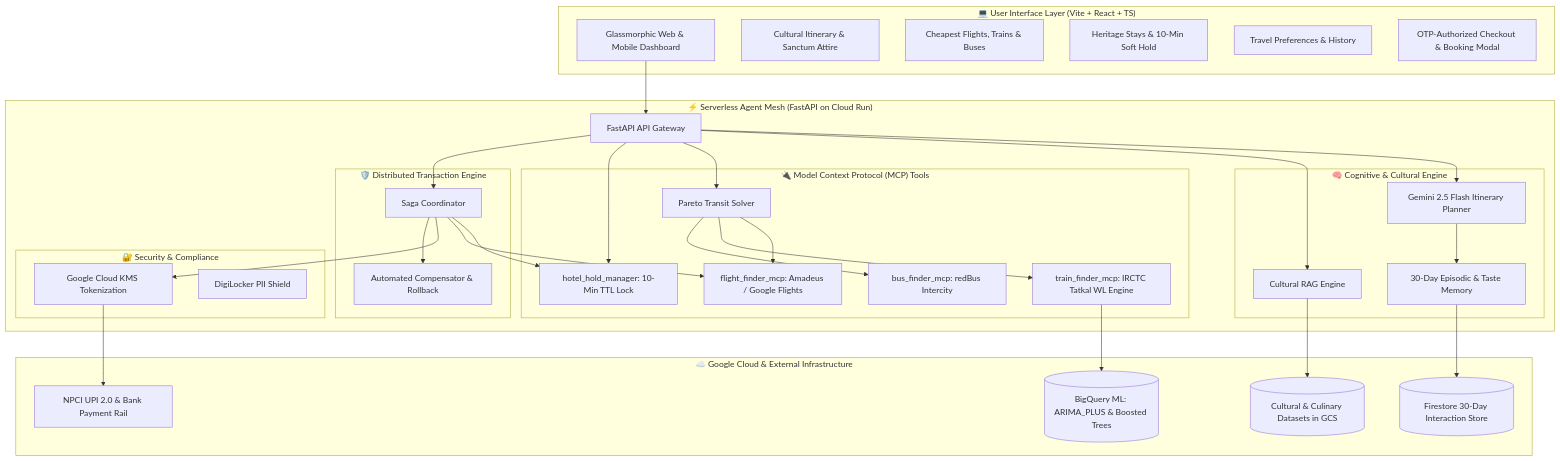
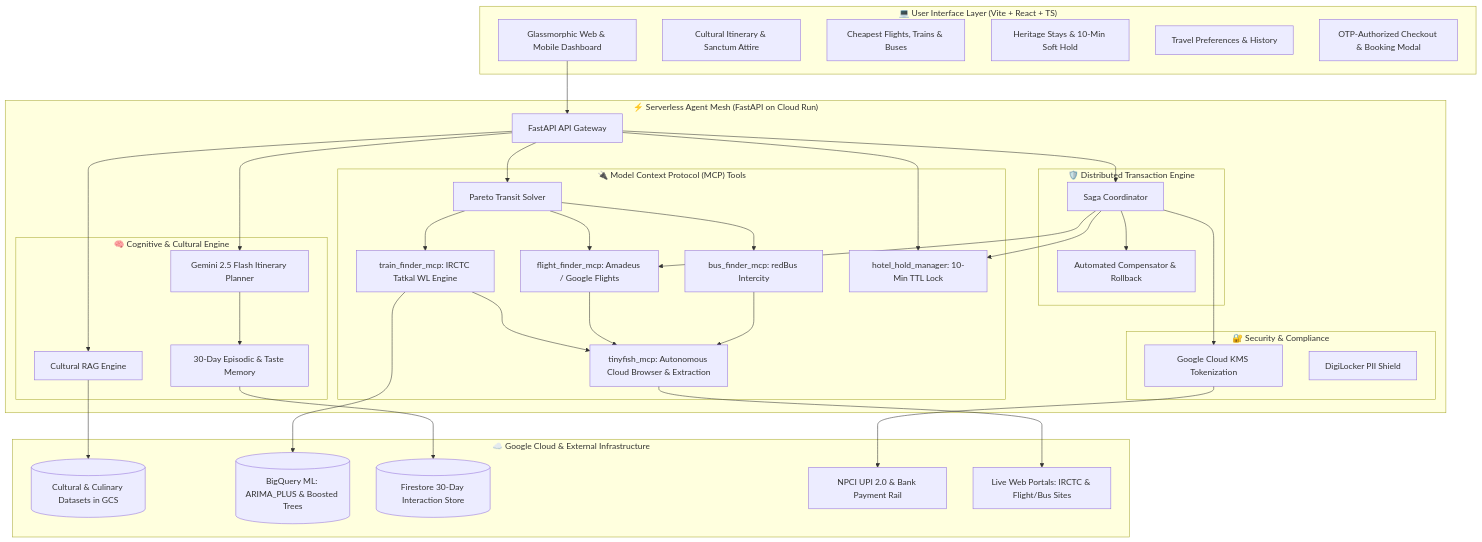
The first of 3 diagrams in README.md (Jivikadixit/YatraAgent), drawn with Mermaid before and after one commit. The commit also changed other lines of this file, not shown here.

First line of the commit message:
Revise README with TinyFish and tech stack updates

````diff
--- a/README.md
+++ b/README.md
@@ -17,66 +18,73 @@
 ```mermaid
 flowchart TB
     subgraph Client["💻 User Interface Layer (Vite + React + TS)"]
         UI[Glassmorphic Web & Mobile Dashboard]
         Tab1[Cultural Itinerary & Sanctum Attire]
         Tab2[Cheapest Flights, Trains & Buses]
         Tab3[Heritage Stays & 10-Min Soft Hold]
         Tab4[Travel Preferences & History]
         Modal[OTP-Authorized Checkout & Booking Modal]
     end
 
     subgraph Mesh["⚡ Serverless Agent Mesh (FastAPI on Cloud Run)"]
         Router[FastAPI API Gateway]
         
         subgraph Cognitive["🧠 Cognitive & Cultural Engine"]
             Planner[Gemini 2.5 Flash Itinerary Planner]
             RAG[Cultural RAG Engine]
             MemEngine[30-Day Episodic & Taste Memory]
         end
 
         subgraph MCP["🔌 Model Context Protocol (MCP) Tools"]
             FlightMCP[flight_finder_mcp: Amadeus / Google Flights]
             TrainMCP[train_finder_mcp: IRCTC Tatkal WL Engine]
             BusMCP[bus_finder_mcp: redBus Intercity]
+            TinyFishMCP[tinyfish_mcp: Autonomous Cloud Browser & Extraction]
             OptMCP[Pareto Transit Solver]
             HotelMCP[hotel_hold_manager: 10-Min TTL Lock]
         end
 
         subgraph Saga["🛡️ Distributed Transaction Engine"]
             Orchestrator[Saga Coordinator]
             Compensator[Automated Compensator & Rollback]
         end
 
         subgraph Security["🔐 Security & Compliance"]
             KMS[Google Cloud KMS Tokenization]
             DigiLocker[DigiLocker PII Shield]
         end
     end
 
     subgraph Data["☁️ Google Cloud & External Infrastructure"]
         GCS[(Cultural & Culinary Datasets in GCS)]
         BQ[(BigQuery ML: ARIMA_PLUS & Boosted Trees)]
         Firestore[(Firestore 30-Day Interaction Store)]
         BankRail[NPCI UPI 2.0 & Bank Payment Rail]
+        LivePortals[Live Web Portals: IRCTC & Flight/Bus Sites]
     end
 
     UI --> Router
     Router --> Planner
     Router --> RAG
     Router --> OptMCP
     Router --> HotelMCP
     Router --> Orchestrator
 
     RAG --> GCS
     Planner --> MemEngine
     MemEngine --> Firestore
     
     OptMCP --> FlightMCP & TrainMCP & BusMCP
+    TrainMCP --> TinyFishMCP
+    FlightMCP --> TinyFishMCP
+    BusMCP --> TinyFishMCP
+    
+    TinyFishMCP --> LivePortals
     TrainMCP --> BQ
     
     Orchestrator --> HotelMCP
     Orchestrator --> FlightMCP
     Orchestrator --> KMS
     KMS --> BankRail
     Orchestrator --> Compensator
 ```
````
